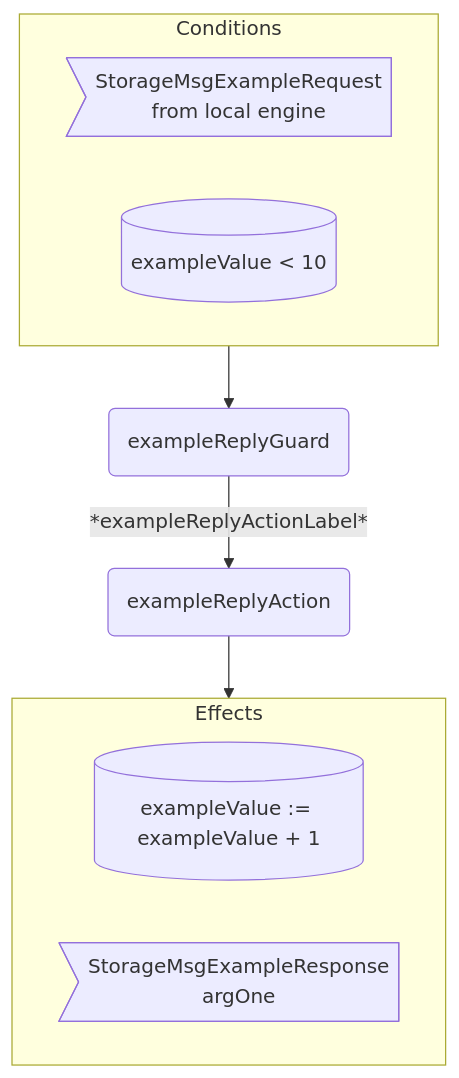
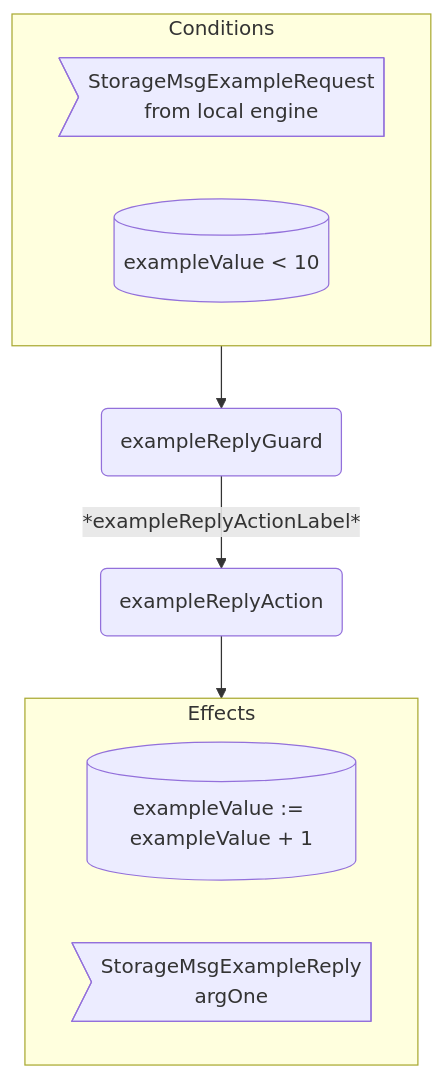
One commit to anoma/nspec changed the diagram in docs/arch/node/net/storage_behaviour.juvix.md. Above: the diagram before and after it, drawn with Mermaid. The commit also changed other lines of this file and 37 other files, not shown here.

Commit message:
Renamed all instances of "Response" to "Reply" in message interfaces for consistency across commitment, decryption, identity management, and other engines.

````diff
--- a/docs/arch/node/net/storage_behaviour.juvix.md
+++ b/docs/arch/node/net/storage_behaviour.juvix.md
@@ -310,17 +310,17 @@
 ```mermaid
 flowchart TD
   subgraph C[Conditions]
     CMsg>StorageMsgExampleRequest<br/>from local engine]
     CEnv[(exampleValue < 10)]
   end
 
   G(exampleReplyGuard)
   A(exampleReplyAction)
 
   C --> G -- *exampleReplyActionLabel* --> A --> E
 
   subgraph E[Effects]
     EEnv[(exampleValue := exampleValue + 1)]
-    EMsg>StorageMsgExampleResponse<br/>argOne]
+    EMsg>StorageMsgExampleReply<br/>argOne]
   end
 ```
````
